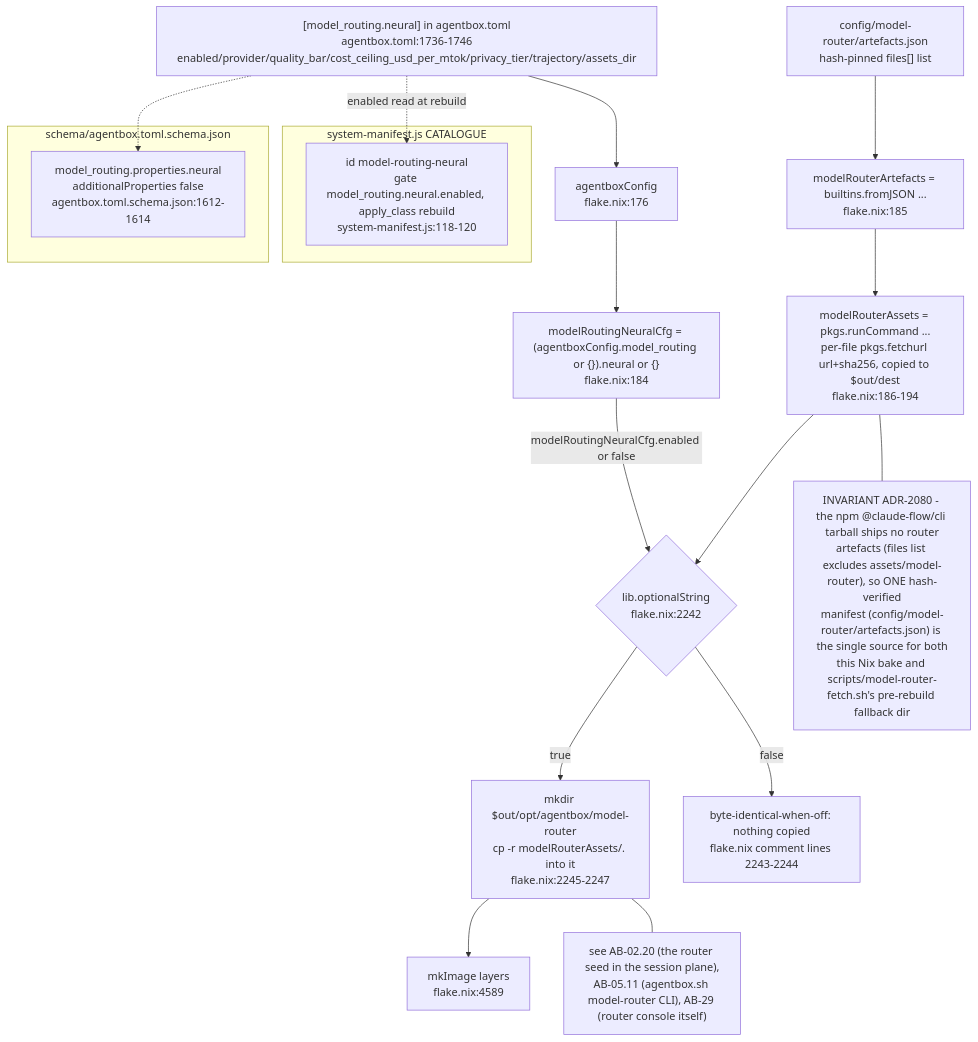
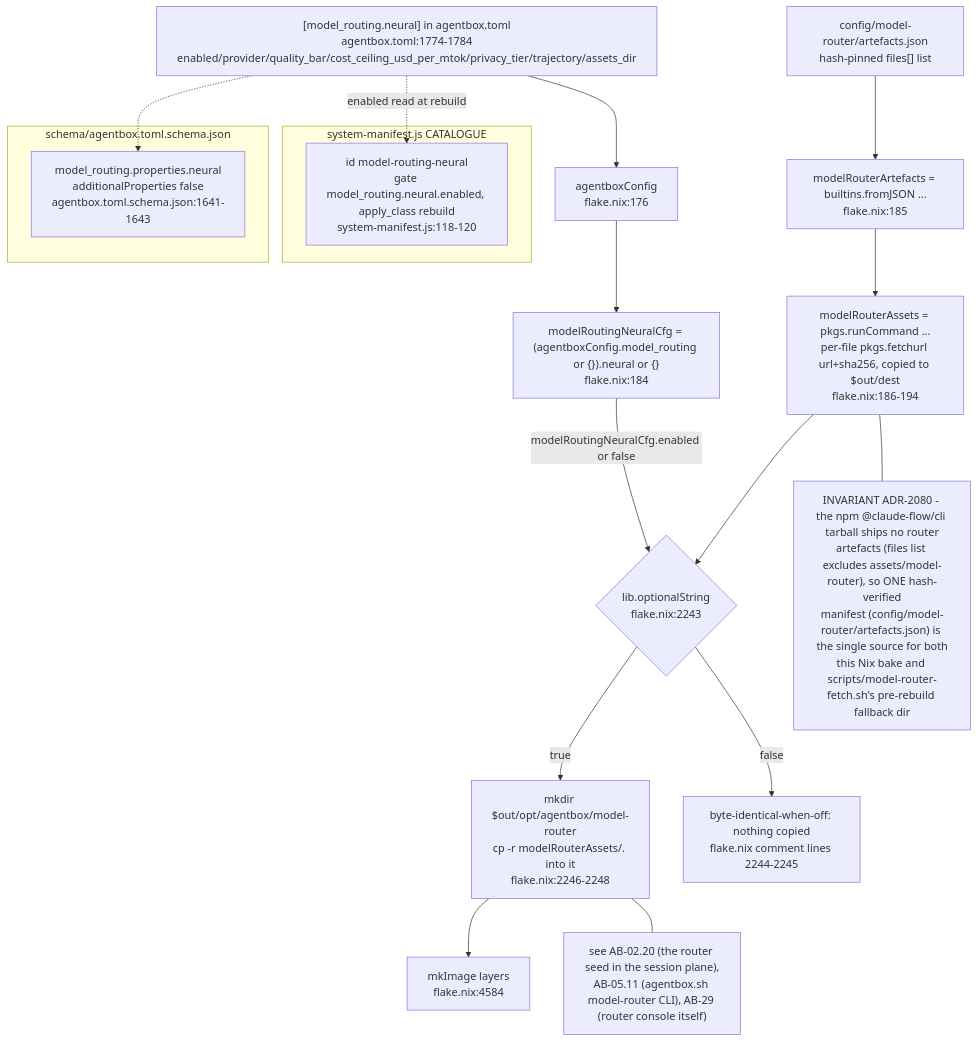
The tenth of 10 diagrams in docs/diagrams/agentbox/01-nix-flake-composition.md (DreamLab-AI/VisionFlow), drawn with Mermaid before and after one commit. The commit also changed other lines of this file and 173 other files, not shown here.

````diff
--- a/docs/diagrams/agentbox/01-nix-flake-composition.md
+++ b/docs/diagrams/agentbox/01-nix-flake-composition.md
@@ -473,29 +481,29 @@
 ```mermaid
 flowchart TB
-    TOML2["[model_routing.neural] in agentbox.toml<br/>agentbox.toml:1736-1746<br/>enabled/provider/quality_bar/cost_ceiling_usd_per_mtok/privacy_tier/trajectory/assets_dir"] --> CFG2["agentboxConfig<br/>flake.nix:176"]
+    TOML2["[model_routing.neural] in agentbox.toml<br/>agentbox.toml:1774-1784<br/>enabled/provider/quality_bar/cost_ceiling_usd_per_mtok/privacy_tier/trajectory/assets_dir"] --> CFG2["agentboxConfig<br/>flake.nix:176"]
     CFG2 --> MRNCFG["modelRoutingNeuralCfg = (agentboxConfig.model_routing or {}).neural or {}<br/>flake.nix:184"]
     ARTJSON["config/model-router/artefacts.json<br/>hash-pinned files[] list"] --> MRNFETCH["modelRouterArtefacts = builtins.fromJSON ...<br/>flake.nix:185"]
     MRNFETCH --> MRNASSETS["modelRouterAssets = pkgs.runCommand ...<br/>per-file pkgs.fetchurl url+sha256, copied to $out/dest<br/>flake.nix:186-194"]
 
-    MRNCFG -->|"modelRoutingNeuralCfg.enabled or false"| GATE{"lib.optionalString<br/>flake.nix:2242"}
+    MRNCFG -->|"modelRoutingNeuralCfg.enabled or false"| GATE{"lib.optionalString<br/>flake.nix:2243"}
     MRNASSETS --> GATE
-    GATE -->|true| BAKE["mkdir $out/opt/agentbox/model-router<br/>cp -r modelRouterAssets/. into it<br/>flake.nix:2245-2247"]
-    GATE -->|false| SKIP["byte-identical-when-off: nothing copied<br/>flake.nix comment lines 2243-2244"]
-    BAKE --> ALLPKG2["mkImage layers<br/>flake.nix:4589"]
+    GATE -->|true| BAKE["mkdir $out/opt/agentbox/model-router<br/>cp -r modelRouterAssets/. into it<br/>flake.nix:2246-2248"]
+    GATE -->|false| SKIP["byte-identical-when-off: nothing copied<br/>flake.nix comment lines 2244-2245"]
+    BAKE --> ALLPKG2["mkImage layers<br/>flake.nix:4584"]
 
     subgraph MANIFEST2["system-manifest.js CATALOGUE"]
         MRNENTRY["id model-routing-neural<br/>gate model_routing.neural.enabled, apply_class rebuild<br/>system-manifest.js:118-120"]
     end
     TOML2 -.->|"enabled read at rebuild"| MRNENTRY
 
     subgraph SCHEMA2["schema/agentbox.toml.schema.json"]
-        NEURALSCHEMA["model_routing.properties.neural<br/>additionalProperties false<br/>agentbox.toml.schema.json:1612-1614"]
+        NEURALSCHEMA["model_routing.properties.neural<br/>additionalProperties false<br/>agentbox.toml.schema.json:1641-1643"]
     end
     TOML2 -.-> NEURALSCHEMA
 
     NOTE1["INVARIANT ADR-2080 - the npm @claude-flow/cli tarball ships no router<br/>artefacts (files list excludes assets/model-router), so ONE hash-verified<br/>manifest (config/model-router/artefacts.json) is the single source for both<br/>this Nix bake and scripts/model-router-fetch.sh's pre-rebuild fallback dir"]
     MRNASSETS --- NOTE1
 
     NOTE2["see AB-02.20 (the router seed in the session plane),<br/>AB-05.11 (agentbox.sh model-router CLI), AB-29 (router console itself)"]
     BAKE --- NOTE2
 ```
````
